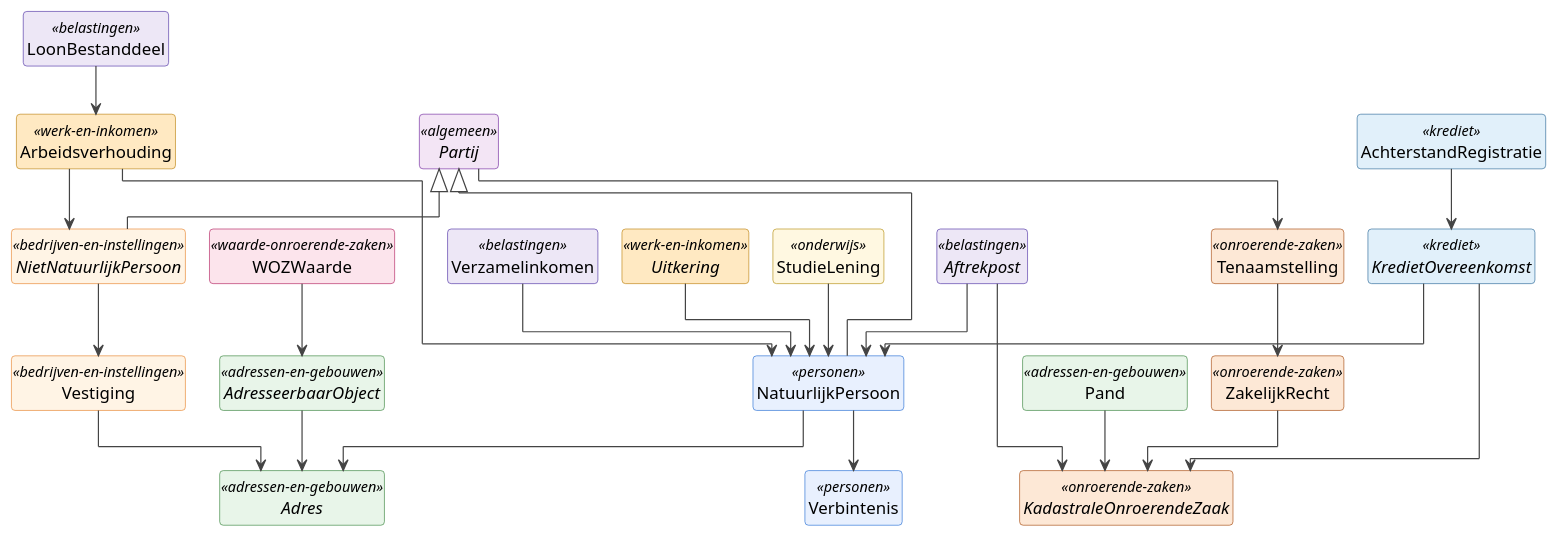
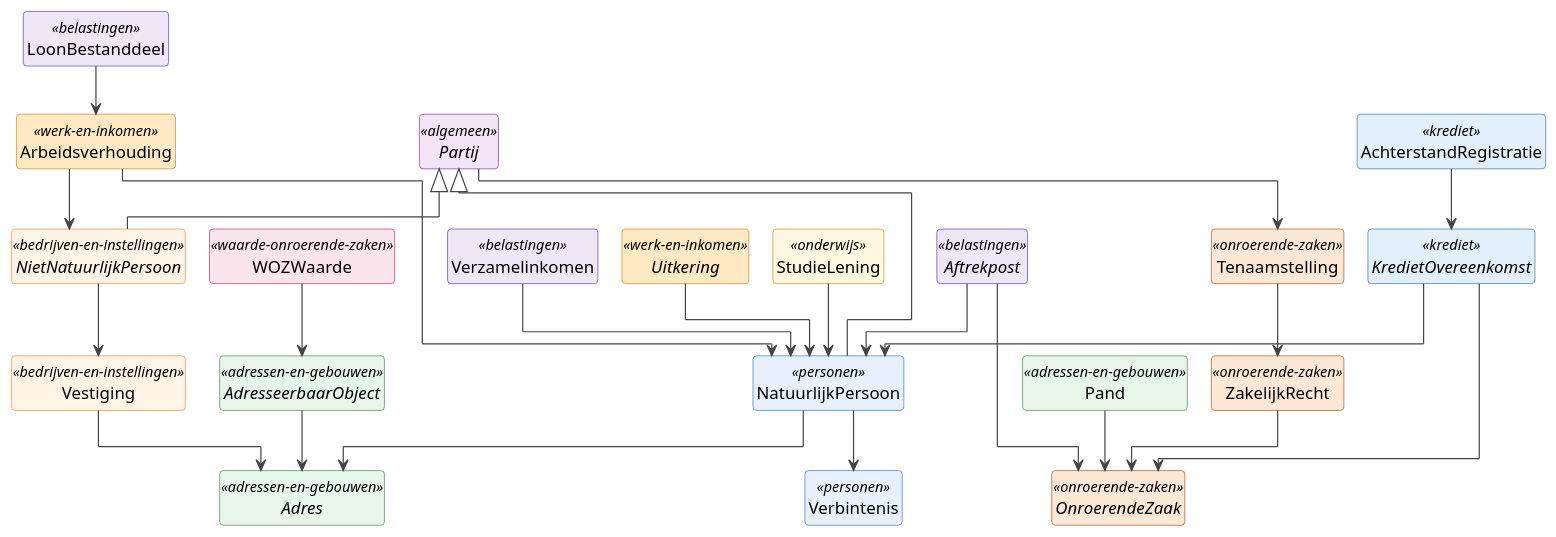
Before and after one commit to ICTU/GBO-Semantiek: the diagram in docs/informatiemodel/gbo-kern/hoofdmodel-compact.md, drawn with PlantUML. The commit also changed 93 other files, not shown here.

```diff
--- a/docs/informatiemodel/gbo-kern/hoofdmodel-compact.md
+++ b/docs/informatiemodel/gbo-kern/hoofdmodel-compact.md
@@ -106,7 +106,7 @@
 
 ' ---- Vastgoed: Kadaster (BRK) ----
 together {
-  abstract class KadastraleOnroerendeZaak <<onroerende-zaken>>
+  abstract class OnroerendeZaak <<onroerende-zaken>>
   class Tenaamstelling <<onroerende-zaken>>
   class ZakelijkRecht <<onroerende-zaken>>
 }
@@ -148,10 +148,10 @@
 NatuurlijkPersoon --> Adres
 Vestiging --> Adres
 AdresseerbaarObject --> Adres
-Pand --> KadastraleOnroerendeZaak
+Pand --> OnroerendeZaak
 
 ' ---- BRK + WOZ ----
-ZakelijkRecht --> KadastraleOnroerendeZaak
+ZakelijkRecht --> OnroerendeZaak
 Tenaamstelling --> ZakelijkRecht
 Partij --> Tenaamstelling
 WOZWaarde --> AdresseerbaarObject
@@ -160,7 +160,7 @@
 Verzamelinkomen --> NatuurlijkPersoon
 LoonBestanddeel --> Arbeidsverhouding
 Aftrekpost --> NatuurlijkPersoon
-Aftrekpost --> KadastraleOnroerendeZaak
+Aftrekpost --> OnroerendeZaak
 
 ' ---- Werk en inkomen (UWV) ----
 Arbeidsverhouding --> NatuurlijkPersoon
@@ -169,7 +169,7 @@
 
 ' ---- Krediet (BKR) ----
 KredietOvereenkomst --> NatuurlijkPersoon
-KredietOvereenkomst --> KadastraleOnroerendeZaak
+KredietOvereenkomst --> OnroerendeZaak
 AchterstandRegistratie --> KredietOvereenkomst
 
 ' ---- Onderwijs (DUO) ----
```
